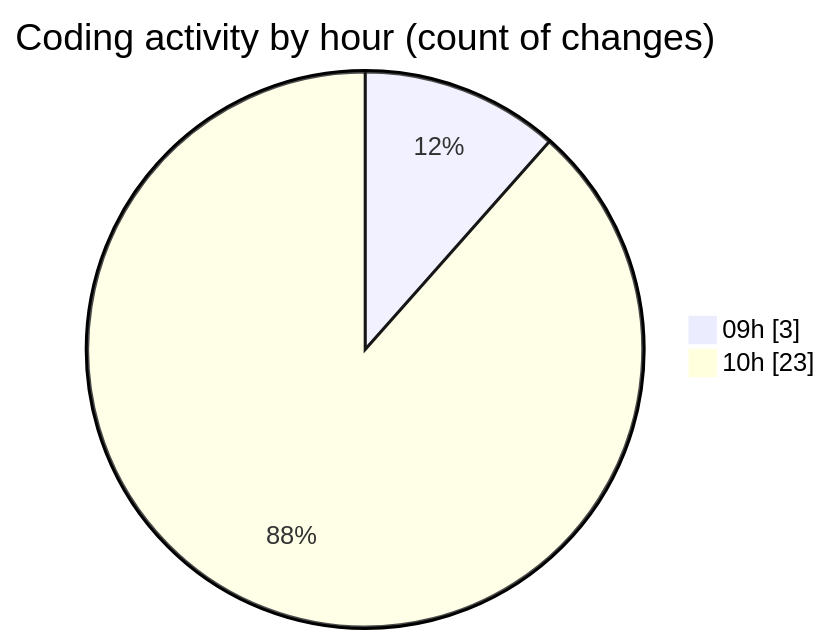
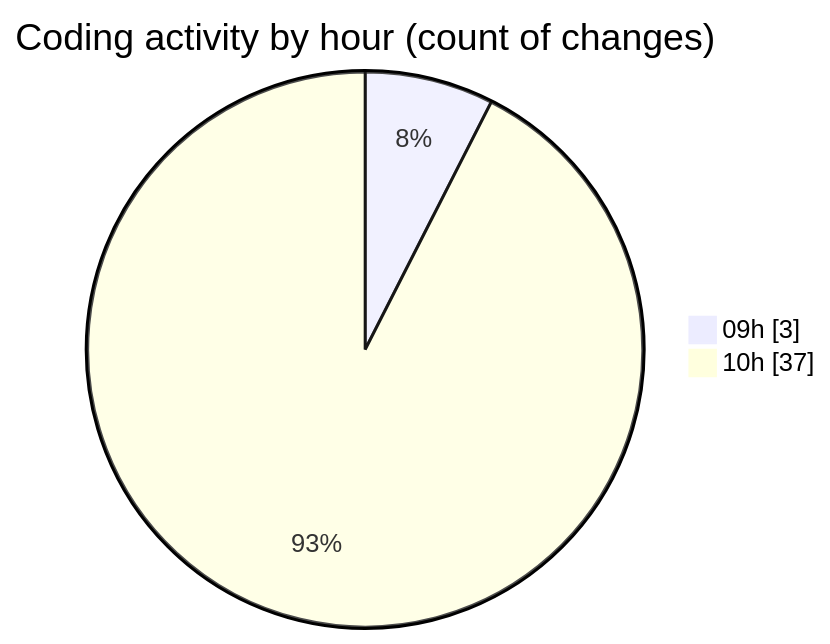
One commit to CELIANVF/code-tracking changed the second of 2 diagrams in 2025-05-02/ecodeli/README.md. Above: the diagram before and after it, drawn with Mermaid. The commit also changed other lines of this file and 1 other file, not shown here.

````diff
--- a/2025-05-02/ecodeli/README.md
+++ b/2025-05-02/ecodeli/README.md
@@ -43,6 +50,6 @@
 ```mermaid
 pie showData
 title Coding activity by hour (count of changes)
 "09h" : 3
-"10h" : 23
+"10h" : 37
 ```
````
